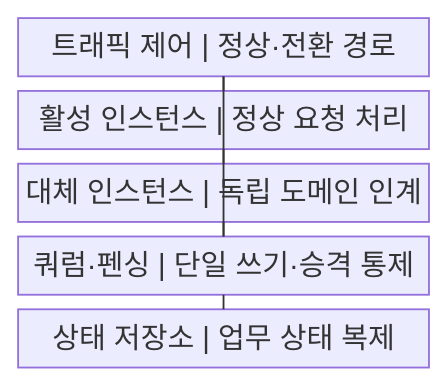
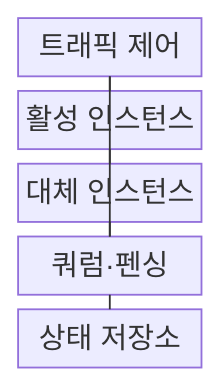
Before and after one commit to agnusdei1207/knowledge-base: the first of 2 diagrams in src/content/docs/notes/03-software/198_high_availability_design.md, drawn with Mermaid. The commit also changed other lines of this file and 238 other files, not shown here.

````diff
--- a/src/content/docs/notes/03-software/198_high_availability_design.md
+++ b/src/content/docs/notes/03-software/198_high_availability_design.md
@@ -58,14 +58,14 @@
 ```mermaid
-block
+block-beta
     columns 1
-    A["트래픽 제어 | 정상·전환 경로"]
-    B["활성 인스턴스 | 정상 요청 처리"]
-    C["대체 인스턴스 | 독립 도메인 인계"]
-    D["쿼럼·펜싱 | 단일 쓰기·승격 통제"]
-    E["상태 저장소 | 업무 상태 복제"]
+    A["트래픽 제어"]
+    B["활성 인스턴스"]
+    C["대체 인스턴스"]
+    D["쿼럼·펜싱"]
+    E["상태 저장소"]
     A --- B
     A --- C
     B --- D
     C --- D
     D --- E
 ```
````
